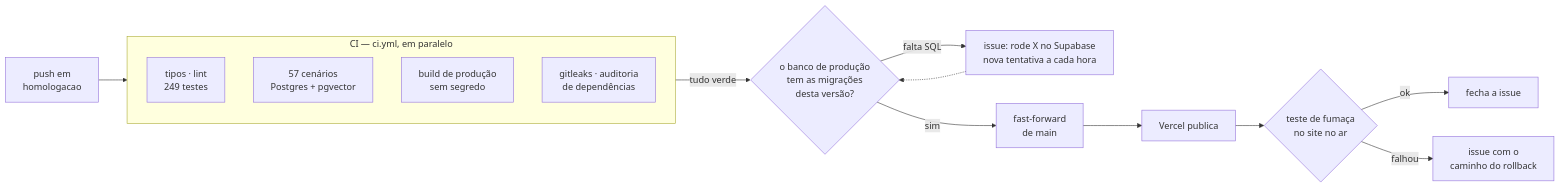
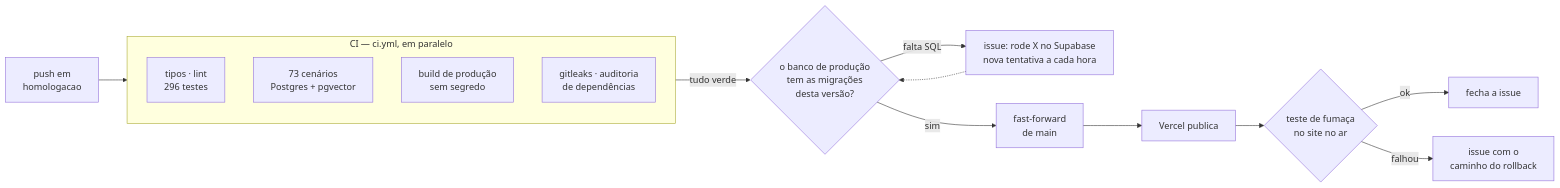
One commit to Lucascarvalho20/gabaritai changed the second of 2 diagrams in README.md. Above: the diagram before and after it, drawn with Mermaid. The commit also changed other lines of this file and 2 other files, not shown here.

````diff
--- a/README.md
+++ b/README.md
@@ -292,18 +300,18 @@
 ```mermaid
 flowchart LR
     P["push em<br/>homologacao"] --> CI
     subgraph CI["CI — ci.yml, em paralelo"]
-        Q["tipos · lint<br/>249 testes"]
-        I["57 cenários<br/>Postgres + pgvector"]
+        Q["tipos · lint<br/>296 testes"]
+        I["73 cenários<br/>Postgres + pgvector"]
         B["build de produção<br/>sem segredo"]
         S["gitleaks · auditoria<br/>de dependências"]
     end
     CI -->|tudo verde| G{"o banco de produção<br/>tem as migrações<br/>desta versão?"}
     G -->|falta SQL| A["issue: rode X no Supabase<br/>nova tentativa a cada hora"]
     A -.-> G
     G -->|sim| M["fast-forward<br/>de main"]
     M --> V["Vercel publica"]
     V --> F{"teste de fumaça<br/>no site no ar"}
     F -->|ok| OK["fecha a issue"]
     F -->|falhou| RB["issue com o<br/>caminho do rollback"]
 ```
````
